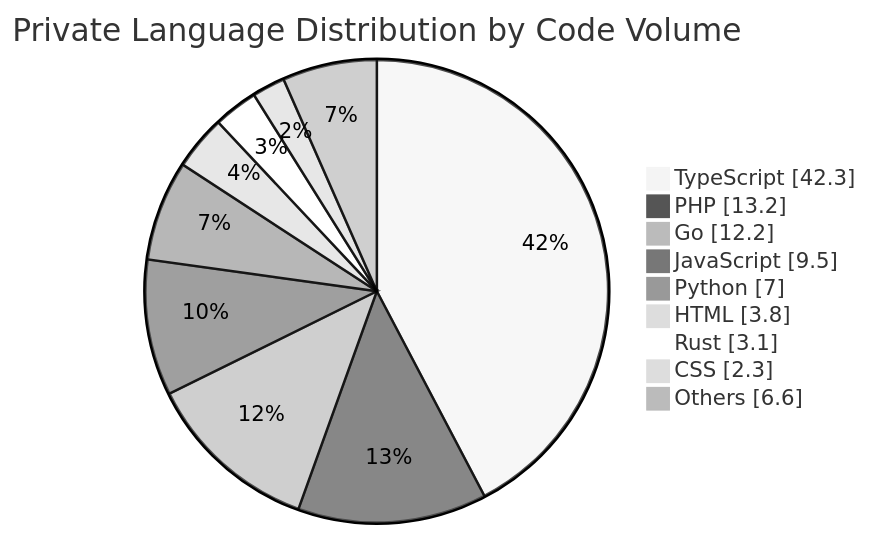
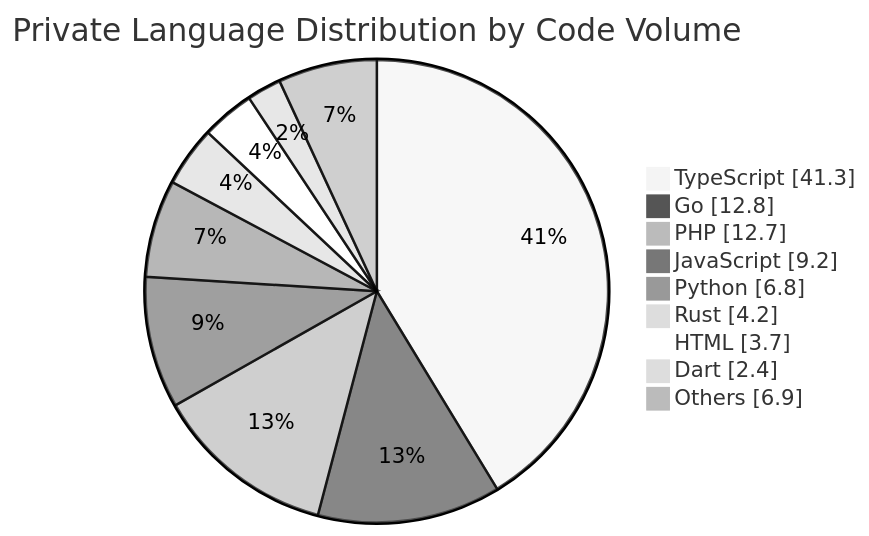
One commit to Lamy210/Lamy210 changed the diagram in README.md. Above: the diagram before and after it, drawn with Mermaid (neutral theme). The commit also changed other lines of this file, not shown here.

Commit message:
chore: update private technology summary [skip ci]

````diff
--- a/README.md
+++ b/README.md
@@ -47,13 +47,13 @@
 ```mermaid
 pie showData
     title Private Language Distribution by Code Volume
-    "TypeScript" : 42.3
-    "PHP" : 13.2
-    "Go" : 12.2
-    "JavaScript" : 9.5
-    "Python" : 7.0
-    "HTML" : 3.8
-    "Rust" : 3.1
-    "CSS" : 2.3
-    "Others" : 6.6
+    "TypeScript" : 41.3
+    "Go" : 12.8
+    "PHP" : 12.7
+    "JavaScript" : 9.2
+    "Python" : 6.8
+    "Rust" : 4.2
+    "HTML" : 3.7
+    "Dart" : 2.4
+    "Others" : 6.9
 ```
````
